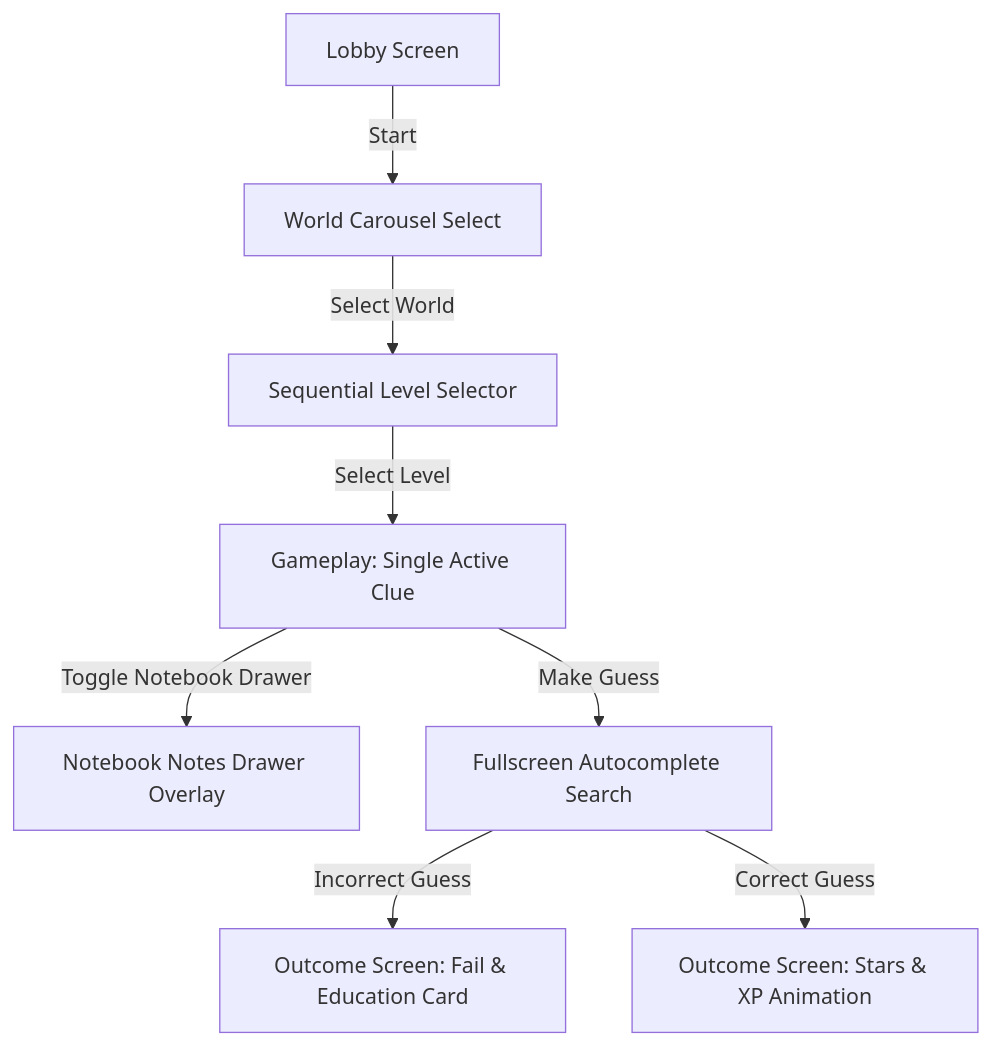
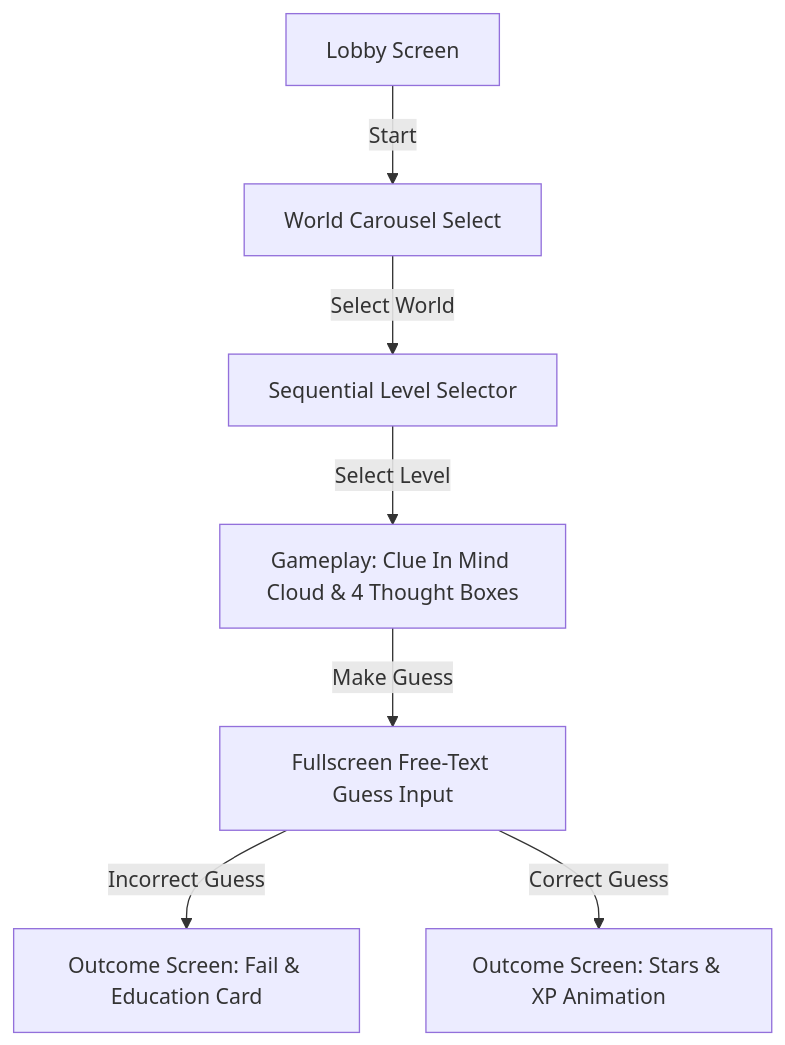
One commit to Tanishkaasharmaa/tenali changed the diagram in feature2.md. Above: the diagram before and after it, drawn with Mermaid. The commit also changed other lines of this file and 2 other files, not shown here.

Commit message:
Milestone 2: Refactor gameplay board to place clues inside Tenali mind cloud, add 4 thought inputs, and enable free-text guess input

````diff
--- a/feature2.md
+++ b/feature2.md
@@ -36,10 +36,9 @@
 ```mermaid
 graph TD
     A[Lobby Screen] -->|Start| B[World Carousel Select]
     B -->|Select World| C[Sequential Level Selector]
-    C -->|Select Level| D[Gameplay: Single Active Clue]
-    D -->|Toggle Notebook Drawer| E[Notebook Notes Drawer Overlay]
-    D -->|Make Guess| F[Fullscreen Autocomplete Search]
-    F -->|Incorrect Guess| G[Outcome Screen: Fail & Education Card]
-    F -->|Correct Guess| H[Outcome Screen: Stars & XP Animation]
+    C -->|Select Level| D[Gameplay: Clue In Mind Cloud & 4 Thought Boxes]
+    D -->|Make Guess| E[Fullscreen Free-Text Guess Input]
+    E -->|Incorrect Guess| F[Outcome Screen: Fail & Education Card]
+    E -->|Correct Guess| G[Outcome Screen: Stars & XP Animation]
 ```
````
